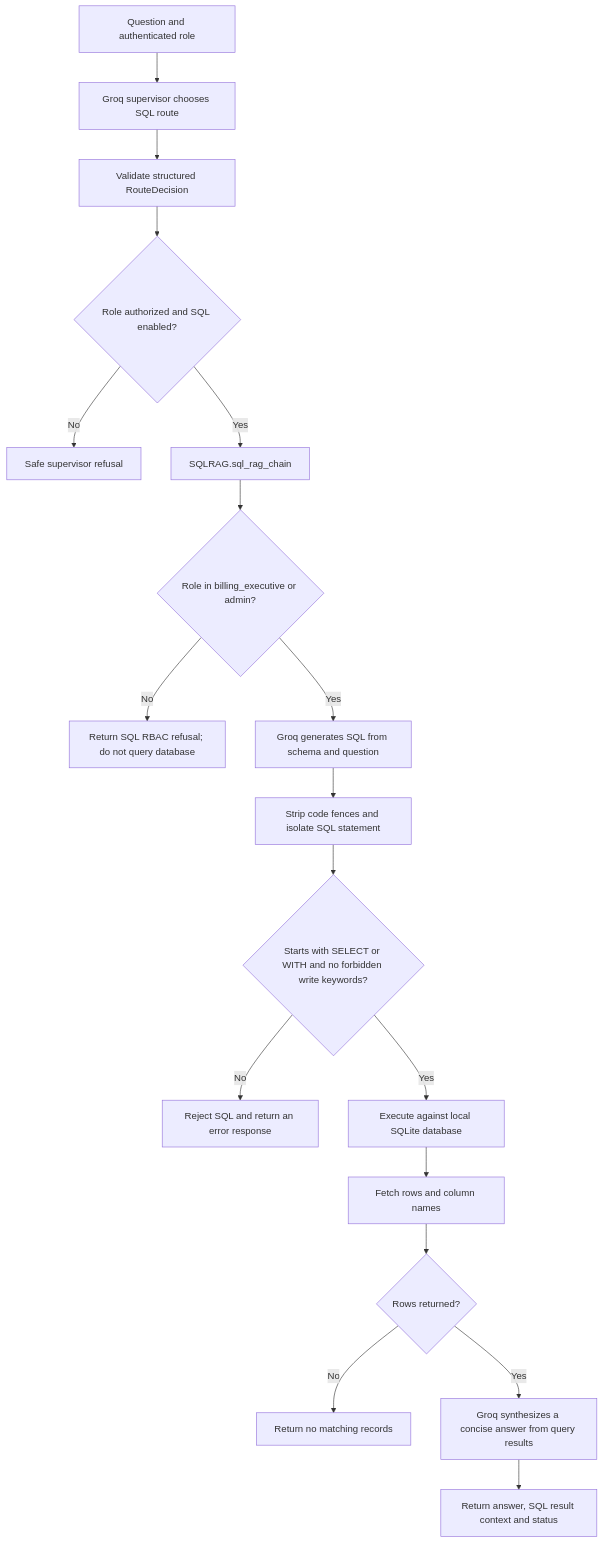
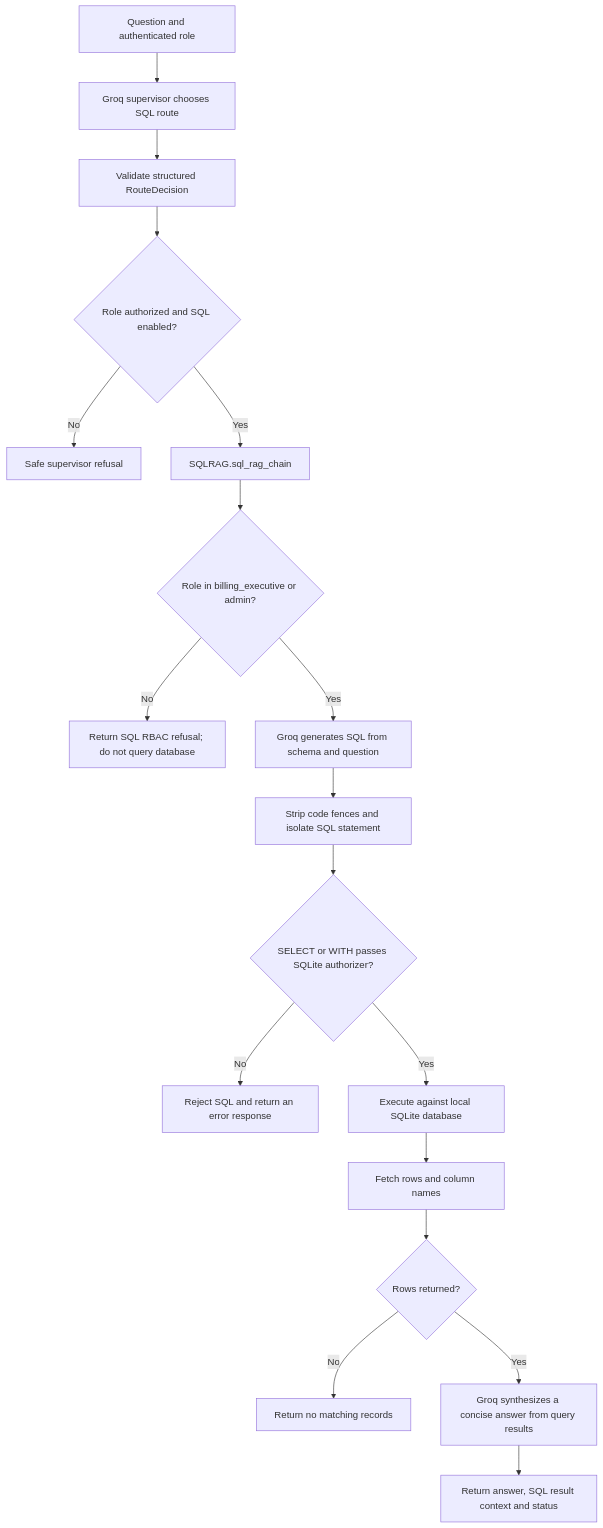
One commit to venkataramana-brahmabatla/medibot changed the diagram in docs/architecture/sql_rag.md. Above: the diagram before and after it, drawn with Mermaid. The commit also changed other lines of this file and 19 other files, not shown here.

````diff
--- a/docs/architecture/sql_rag.md
+++ b/docs/architecture/sql_rag.md
@@ -6,20 +6,20 @@
 ```mermaid
 flowchart TD
     Question[Question and authenticated role] --> Supervisor[Groq supervisor chooses SQL route]
     Supervisor --> Contract[Validate structured RouteDecision]
     Contract --> RouterGate{Role authorized and SQL enabled?}
     RouterGate -- No --> RouterRefuse[Safe supervisor refusal]
     RouterGate -- Yes --> SQLRAG[SQLRAG.sql_rag_chain]
     SQLRAG --> RoleGate{Role in billing_executive or admin?}
     RoleGate -- No --> RBAC[Return SQL RBAC refusal; do not query database]
     RoleGate -- Yes --> Generate[Groq generates SQL from schema and question]
     Generate --> Clean[Strip code fences and isolate SQL statement]
-    Clean --> ReadOnly{Starts with SELECT or WITH and no forbidden write keywords?}
+    Clean --> ReadOnly{SELECT or WITH passes SQLite authorizer?}
     ReadOnly -- No --> Reject[Reject SQL and return an error response]
     ReadOnly -- Yes --> DB[Execute against local SQLite database]
     DB --> Results[Fetch rows and column names]
     Results --> HasRows{Rows returned?}
     HasRows -- No --> Empty[Return no matching records]
     HasRows -- Yes --> Synthesis[Groq synthesizes a concise answer from query results]
     Synthesis --> Return[Return answer, SQL result context and status]
 ```
````
